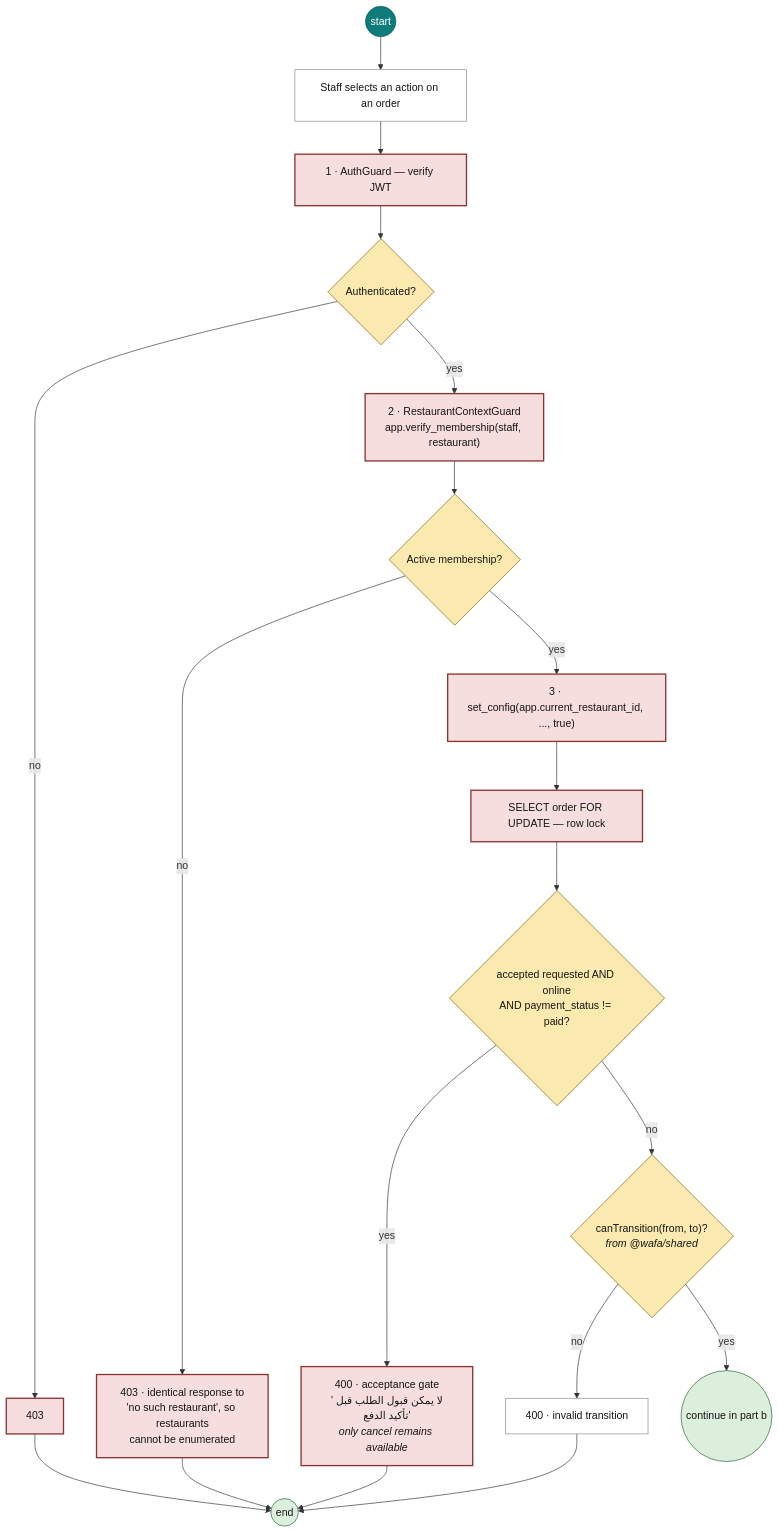
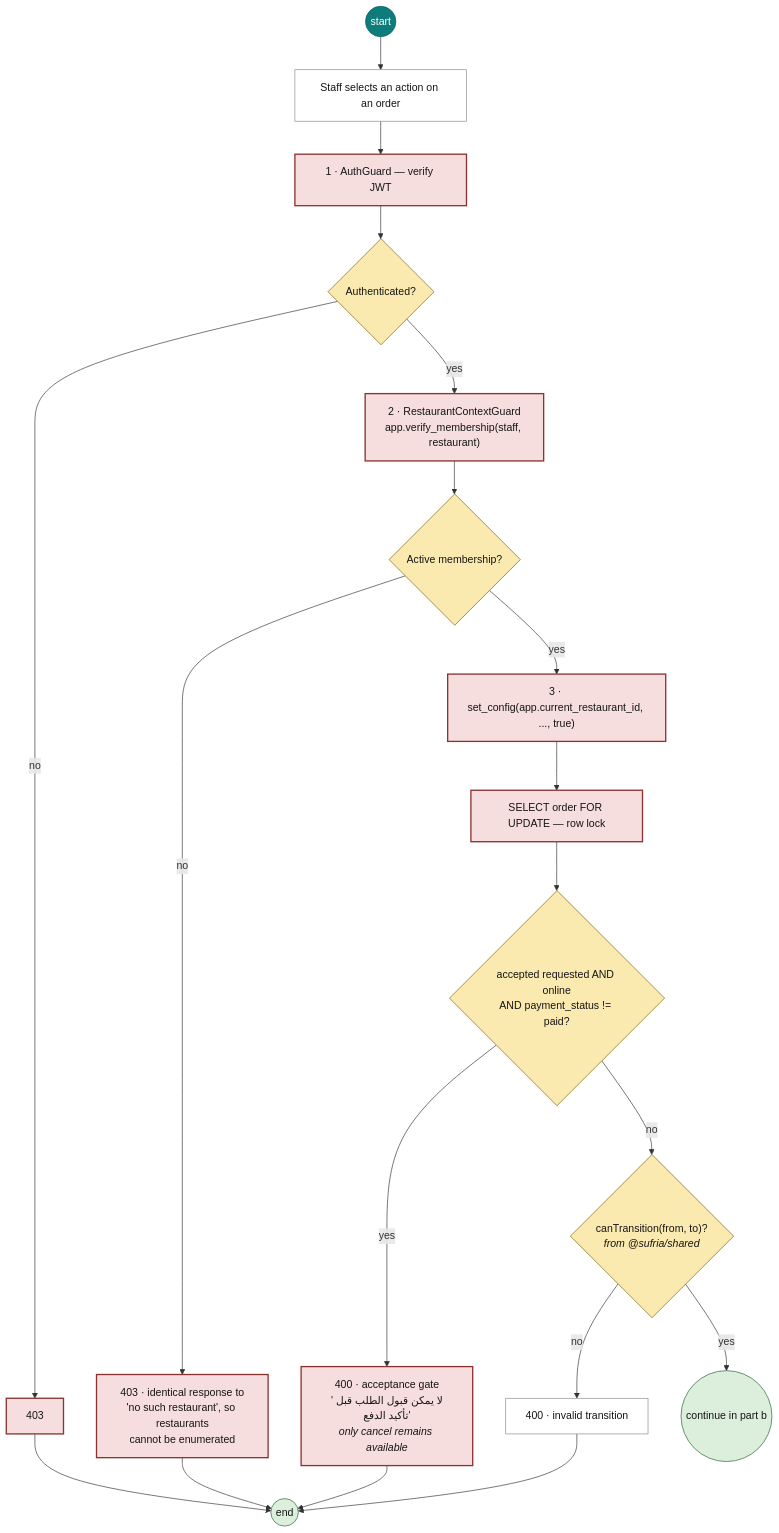
One commit to mozz-labs/sufria changed the diagram in docs/diagrams/10a-activity-status-auth.mmd. Above: the diagram before and after it, drawn with Mermaid. The commit also changed 47 other files, not shown here.

Commit message:
chore: rename brand from Wafa to Sufria across packages, migrations, fixtures and docs

```diff
--- a/docs/diagrams/10a-activity-status-auth.mmd
+++ b/docs/diagrams/10a-activity-status-auth.mmd
@@ -1,21 +1,21 @@
 flowchart TB
     classDef start fill:#0E7C7B,stroke:#0A5F5E,color:#FFFFFF
     classDef act fill:#FFFFFF,stroke:#8A8A85,color:#161615
     classDef dec fill:#FBEAB0,stroke:#7A5C06,color:#161615
     classDef crit fill:#F5DEDD,stroke:#8A332F,stroke-width:2px,color:#161615
     classDef fin fill:#DCEEDC,stroke:#24632F,color:#161615
 
     S(("start")):::start --> A1["Staff selects an action on an order"]:::act
     A1 --> A2["1 · AuthGuard — verify JWT"]:::crit
     A2 --> D0{"Authenticated?"}:::dec
     D0 -- no --> E0["403"]:::crit --> F(("end")):::fin
     D0 -- yes --> A3["2 · RestaurantContextGuard<br/>app.verify_membership(staff, restaurant)"]:::crit
     A3 --> D1{"Active membership?"}:::dec
     D1 -- no --> E1["403 · identical response to<br/>'no such restaurant', so restaurants<br/>cannot be enumerated"]:::crit --> F
     D1 -- yes --> A4["3 · set_config(app.current_restaurant_id, ..., true)"]:::crit
     A4 --> A5["SELECT order FOR UPDATE — row lock"]:::crit
     A5 --> D2{"accepted requested AND online<br/>AND payment_status != paid?"}:::dec
     D2 -- yes --> E2["400 · acceptance gate<br/>'لا يمكن قبول الطلب قبل تأكيد الدفع'<br/><i>only cancel remains available</i>"]:::crit --> F
-    D2 -- no --> D3{"canTransition(from, to)?<br/><i>from @wafa/shared</i>"}:::dec
+    D2 -- no --> D3{"canTransition(from, to)?<br/><i>from @sufria/shared</i>"}:::dec
     D3 -- no --> E3["400 · invalid transition"]:::act --> F
     D3 -- yes --> F3(("continue in part b")):::fin
```
